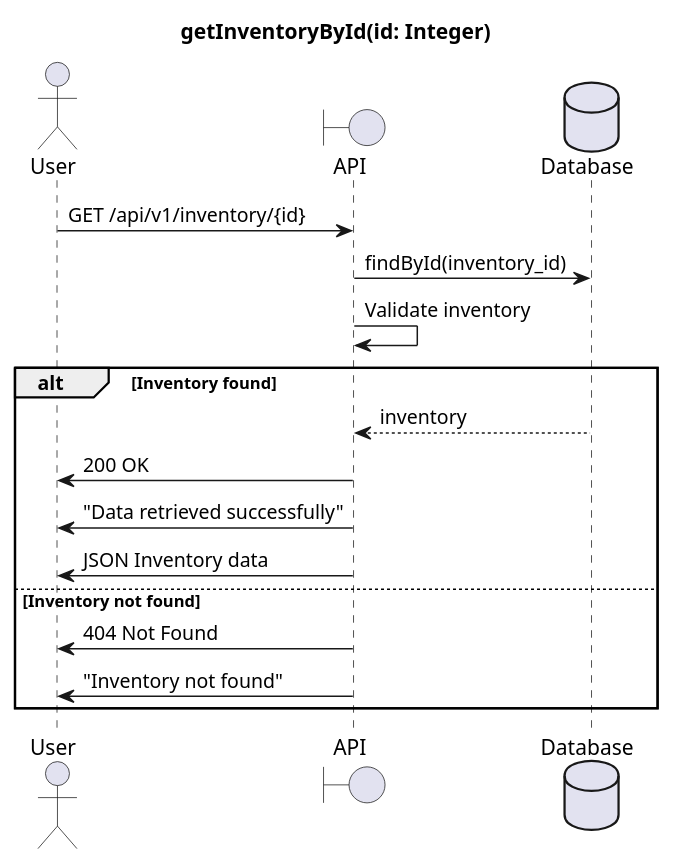
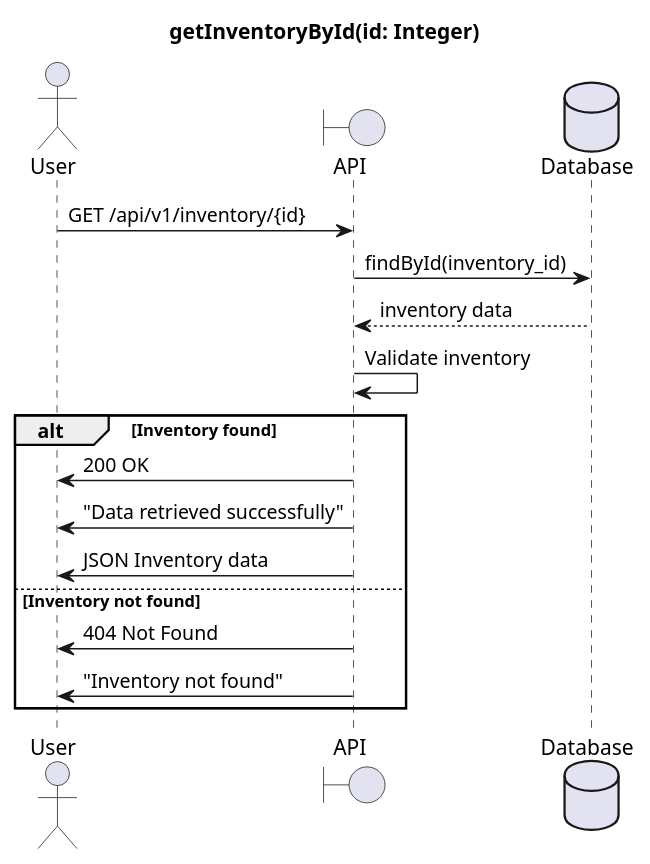
One commit to b6428259/PriorLab1 changed the diagram in PlantUML/Inventory/getInventoryById.puml. Above: the diagram before and after it, drawn with PlantUML. The commit also changed 21 other files, not shown here.

```diff
--- a/PlantUML/Inventory/getInventoryById.puml
+++ b/PlantUML/Inventory/getInventoryById.puml
@@ -1,22 +1,23 @@
 @startuml
 title getInventoryById(id: Integer)
 
 actor User as u
 boundary API as a
 database Database as d
 
 u->a : GET /api/v1/inventory/{id}
 a->d: findById(inventory_id)
+    d-->a : inventory data
 a->a : Validate inventory
 
 alt Inventory found
-    d-->a : inventory
+
     a->u : 200 OK
     a->u : "Data retrieved successfully"
     a->u : JSON Inventory data
 else Inventory not found
     a->u : 404 Not Found
     a->u : "Inventory not found"
 end
 
 @enduml
```
